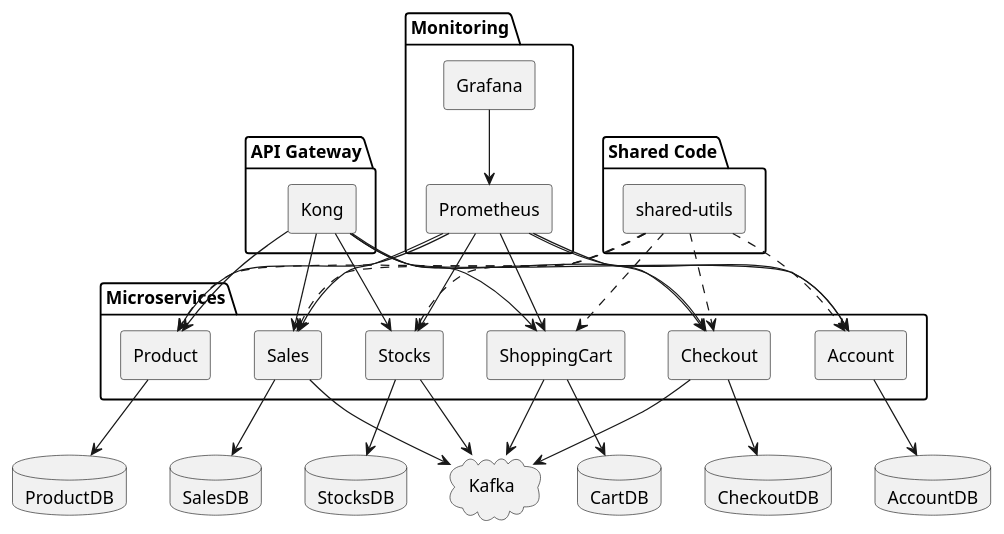
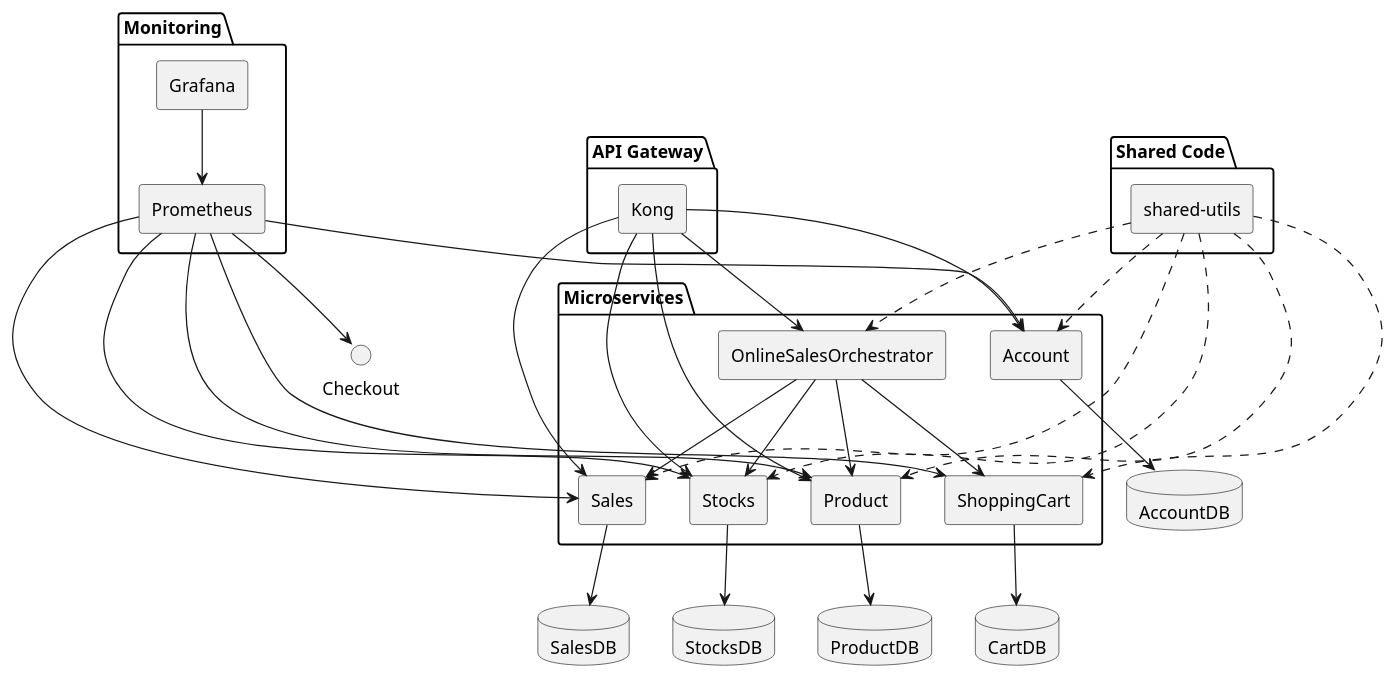
The diagram in docs/UML/component.puml (ThePhobosDeimosSuite/laboratoire-0_log430), drawn with PlantUML before and after one commit. The commit also changed 15 other files, not shown here.

```diff
--- a/docs/UML/component.puml
+++ b/docs/UML/component.puml
@@ -1,73 +1,69 @@
 @startuml component
 skinparam componentStyle rectangle
 skinparam defaultTextAlignment center
 
 package "API Gateway" {
   [Kong]
 }
 
 package "Monitoring" {
   [Prometheus]
   [Grafana]
 }
 
 package "Shared Code" {
   [shared-utils] as SharedUtils
 }
 
-cloud "Kafka" {
-}
 
 package "Microservices" {
   component Product
   component Sales
   component Stocks
   component Account
   component ShoppingCart
-  component Checkout
+  component OnlineSalesOrchestrator
 }
 
 database "ProductDB" as dbProduct
 database "SalesDB" as dbSales
 database "StocksDB" as dbStocks
 database "AccountDB" as dbAccount
 database "CartDB" as dbCart
-database "CheckoutDB" as dbCheckout
 
 
 Kong --> Product
 Kong --> Sales
 Kong --> Stocks
 Kong --> Account
-Kong --> ShoppingCart
-Kong --> Checkout
+Kong --> OnlineSalesOrchestrator
 
 SharedUtils ..> Product
 SharedUtils ..> Sales
 SharedUtils ..> Stocks
 SharedUtils ..> Account
 SharedUtils ..> ShoppingCart
-SharedUtils ..> Checkout
+SharedUtils ..> OnlineSalesOrchestrator
 
 Product --> dbProduct
 Sales --> dbSales
 Stocks --> dbStocks
 Account --> dbAccount
 ShoppingCart --> dbCart
-Checkout --> dbCheckout
 
-Sales --> Kafka
-Stocks --> Kafka
-ShoppingCart --> Kafka
-Checkout --> Kafka
+
+OnlineSalesOrchestrator --> Product
+OnlineSalesOrchestrator --> Sales
+OnlineSalesOrchestrator --> Stocks
+OnlineSalesOrchestrator --> ShoppingCart
 
 Prometheus --> Product
 Prometheus --> Sales
 Prometheus --> Stocks
 Prometheus --> Account
 Prometheus --> ShoppingCart
 Prometheus --> Checkout
 
 Grafana --> Prometheus
 
 @enduml
```
